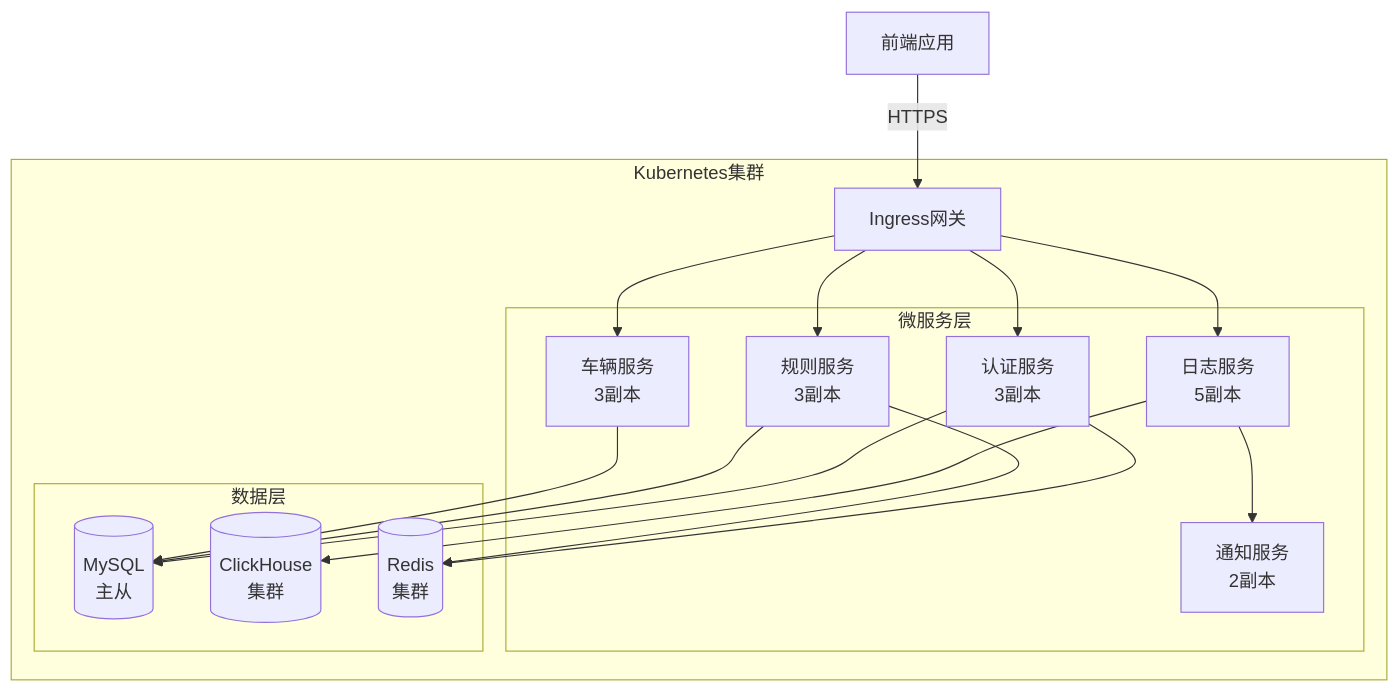
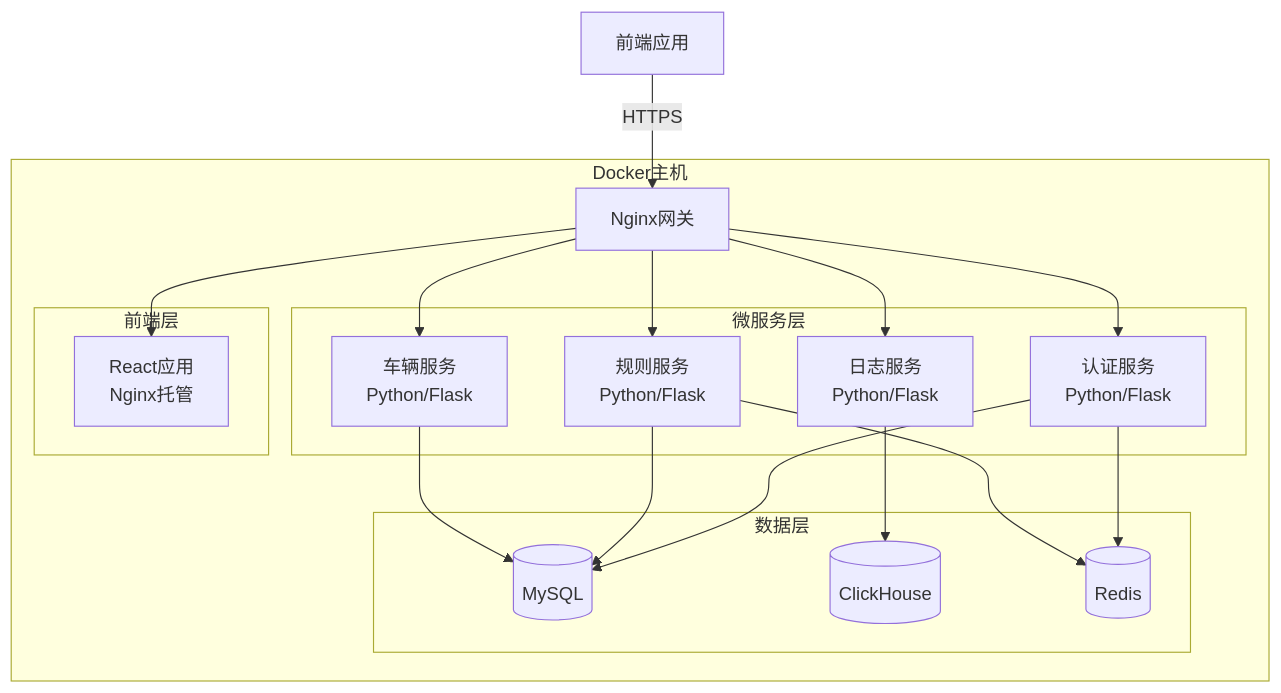
The fourth of 18 diagrams in specs/0002-design.md (chenlehua/idps), drawn with Mermaid before and after one commit. The commit also changed other lines of this file and 2 other files, not shown here.

````diff
--- a/specs/0002-design.md
+++ b/specs/0002-design.md
@@ -142,36 +144,39 @@
 ```mermaid
 graph TB
     Client[前端应用]
 
-    subgraph K8S["Kubernetes集群"]
-        Ingress[Ingress网关]
+    subgraph DockerHost["Docker主机"]
+        Nginx[Nginx网关]
 
         subgraph Services["微服务层"]
-            AuthSvc[认证服务<br/>3副本]
-            RuleSvc[规则服务<br/>3副本]
-            LogSvc[日志服务<br/>5副本]
-            VehicleSvc[车辆服务<br/>3副本]
-            NotifySvc[通知服务<br/>2副本]
+            AuthSvc[认证服务<br/>Python/Flask]
+            RuleSvc[规则服务<br/>Python/Flask]
+            LogSvc[日志服务<br/>Python/Flask]
+            VehicleSvc[车辆服务<br/>Python/Flask]
         end
 
         subgraph Data["数据层"]
-            MySQLPod[(MySQL<br/>主从)]
-            ClickHousePod[(ClickHouse<br/>集群)]
-            RedisPod[(Redis<br/>集群)]
+            MySQL[(MySQL)]
+            ClickHouse[(ClickHouse)]
+            Redis[(Redis)]
+        end
+
+        subgraph Frontend["前端层"]
+            FrontendApp[React应用<br/>Nginx托管]
         end
     end
 
-    Client -->|HTTPS| Ingress
-    Ingress --> AuthSvc
-    Ingress --> RuleSvc
-    Ingress --> LogSvc
-    Ingress --> VehicleSvc
+    Client -->|HTTPS| Nginx
+    Nginx --> FrontendApp
+    Nginx --> AuthSvc
+    Nginx --> RuleSvc
+    Nginx --> LogSvc
+    Nginx --> VehicleSvc
 
-    AuthSvc --> MySQLPod
-    AuthSvc --> RedisPod
-    RuleSvc --> MySQLPod
-    RuleSvc --> RedisPod
-    VehicleSvc --> MySQLPod
-    LogSvc --> ClickHousePod
-    LogSvc --> NotifySvc
+    AuthSvc --> MySQL
+    AuthSvc --> Redis
+    RuleSvc --> MySQL
+    RuleSvc --> Redis
+    VehicleSvc --> MySQL
+    LogSvc --> ClickHouse
 ```
````
